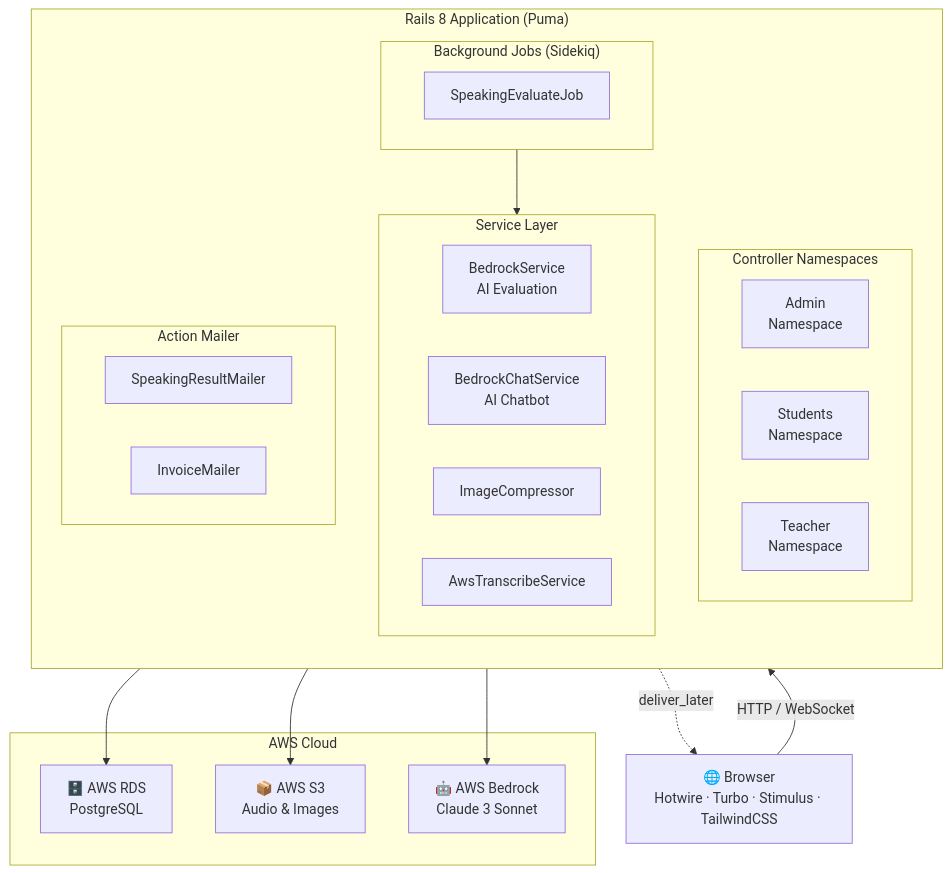
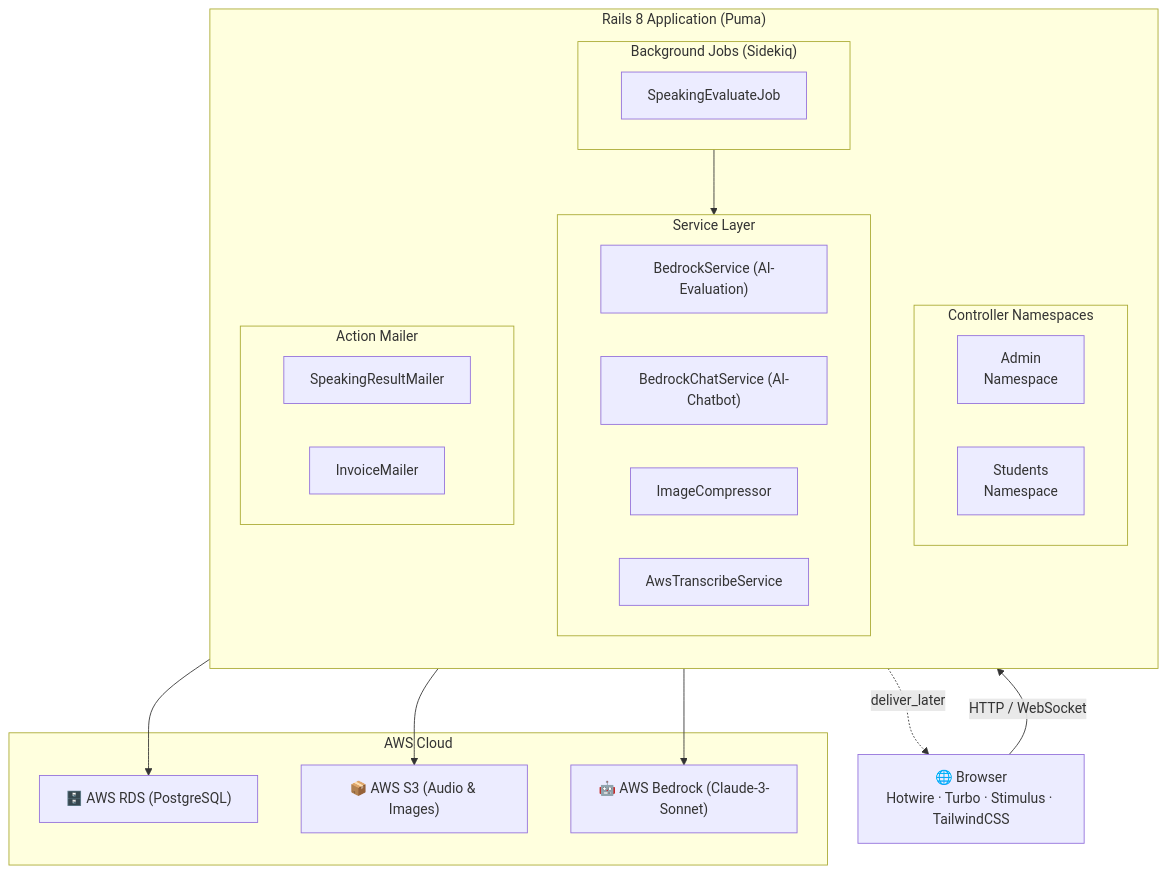
Before and after one commit to ThiPhu210/IELTS_LEARNING_PLATFORM: the first of 9 diagrams in README.md, drawn with Mermaid. The commit also changed other lines of this file, not shown here.

````diff
--- a/README.md
+++ b/README.md
@@ -11,42 +11,41 @@
 ```mermaid
 graph TB
     Browser["🌐 Browser\nHotwire · Turbo · Stimulus · TailwindCSS"]
 
     subgraph Rails["Rails 8 Application (Puma)"]
         direction TB
         subgraph Namespaces["Controller Namespaces"]
             Admin["Admin\nNamespace"]
             Students["Students\nNamespace"]
-            Teacher["Teacher\nNamespace"]
         end
 
         subgraph Services["Service Layer"]
-            BS["BedrockService\nAI Evaluation"]
-            BCS["BedrockChatService\nAI Chatbot"]
+            BS["BedrockService (AI-Evaluation)"]
+            BCS["BedrockChatService (AI-Chatbot)"]
             IC["ImageCompressor"]
             ATS["AwsTranscribeService"]
         end
 
         subgraph Jobs["Background Jobs (Sidekiq)"]
             SEJ["SpeakingEvaluateJob"]
         end
 
         subgraph Mailers["Action Mailer"]
             SRM["SpeakingResultMailer"]
             IM["InvoiceMailer"]
         end
     end
 
     subgraph AWS["AWS Cloud"]
-        RDS["🗄️ AWS RDS\nPostgreSQL"]
-        S3["📦 AWS S3\nAudio & Images"]
-        Bedrock["🤖 AWS Bedrock\nClaude 3 Sonnet"]
+        RDS["🗄️ AWS RDS (PostgreSQL)"]
+        S3["📦 AWS S3 (Audio & Images)"]
+        Bedrock["🤖 AWS Bedrock (Claude-3-Sonnet)"]
     end
 
     Browser -->|"HTTP / WebSocket"| Rails
     Services --> RDS
     Services --> S3
     Services --> Bedrock
     Jobs --> Services
     Mailers -.->|"deliver_later"| Browser
 ```
````
